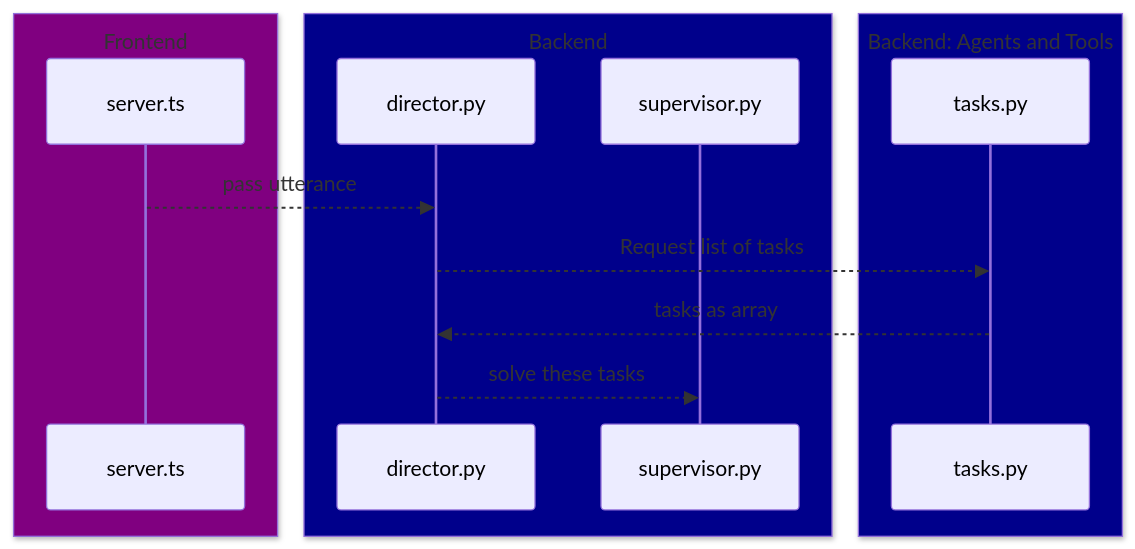
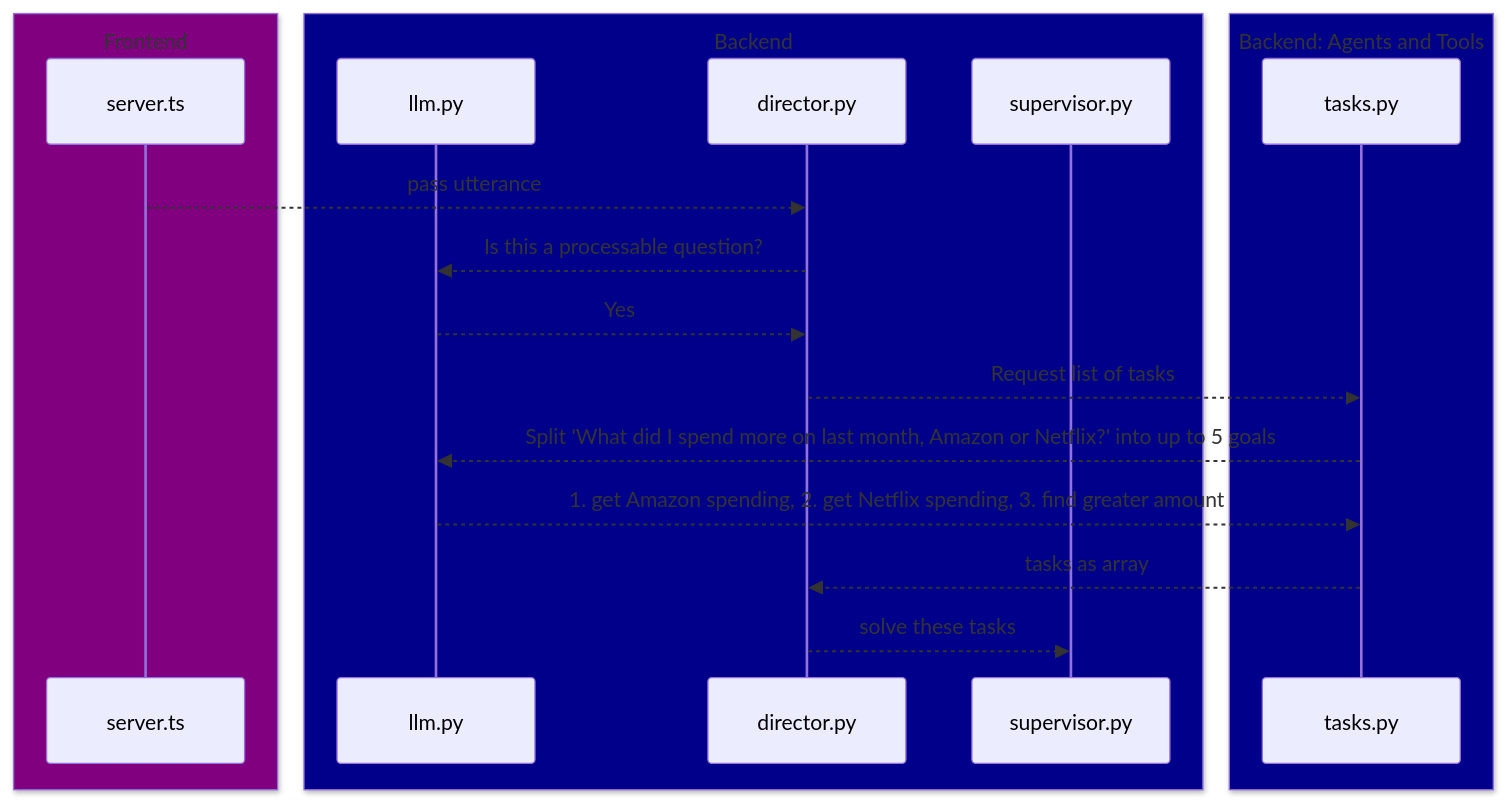
One commit to WaitThatShouldntWork/InferGPT changed the second of 5 diagrams in assets/sum-my-subscriptions/happy_flows_sum_my_subs_python_modules.md. Above: the diagram before and after it, drawn with Mermaid. The commit also changed other lines of this file and 1 other file, not shown here.

Commit message:
Include llm.py in python modules diagram

````diff
--- a/assets/sum-my-subscriptions/happy_flows_sum_my_subs_python_modules.md
+++ b/assets/sum-my-subscriptions/happy_flows_sum_my_subs_python_modules.md
@@ -11,17 +11,22 @@
 ```mermaid
 sequenceDiagram
     box Purple Frontend
     participant server.ts
     end
     box DarkBlue Backend
+    participant llm.py
     participant director.py
     participant supervisor.py
     end
     box DarkBlue Backend: Agents and Tools
     participant tasks.py
     end
     server.ts -->> director.py: pass utterance
+    director.py -->> llm.py: Is this a processable question?
+    llm.py -->> director.py: Yes
     director.py -->> tasks.py: Request list of tasks
+    tasks.py -->> llm.py: Split 'What did I spend more on last month, Amazon or Netflix?' into up to 5 goals
+    llm.py -->> tasks.py: 1. get Amazon spending, 2. get Netflix spending, 3. find greater amount
     tasks.py -->> director.py: tasks as array
     director.py -->> supervisor.py: solve these tasks
 ```
````
